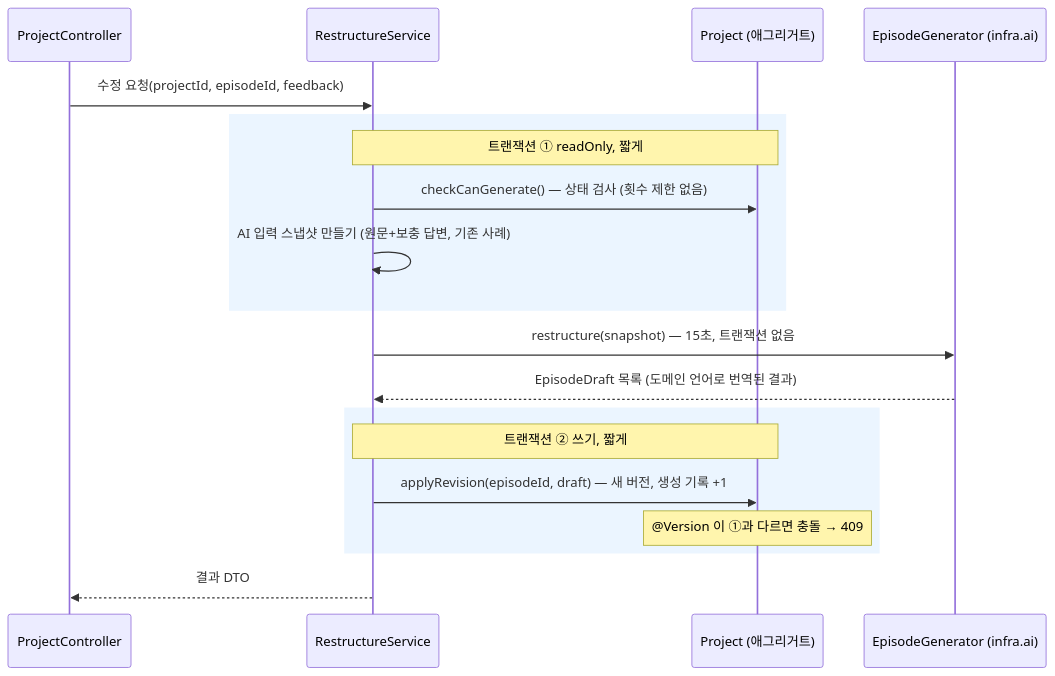
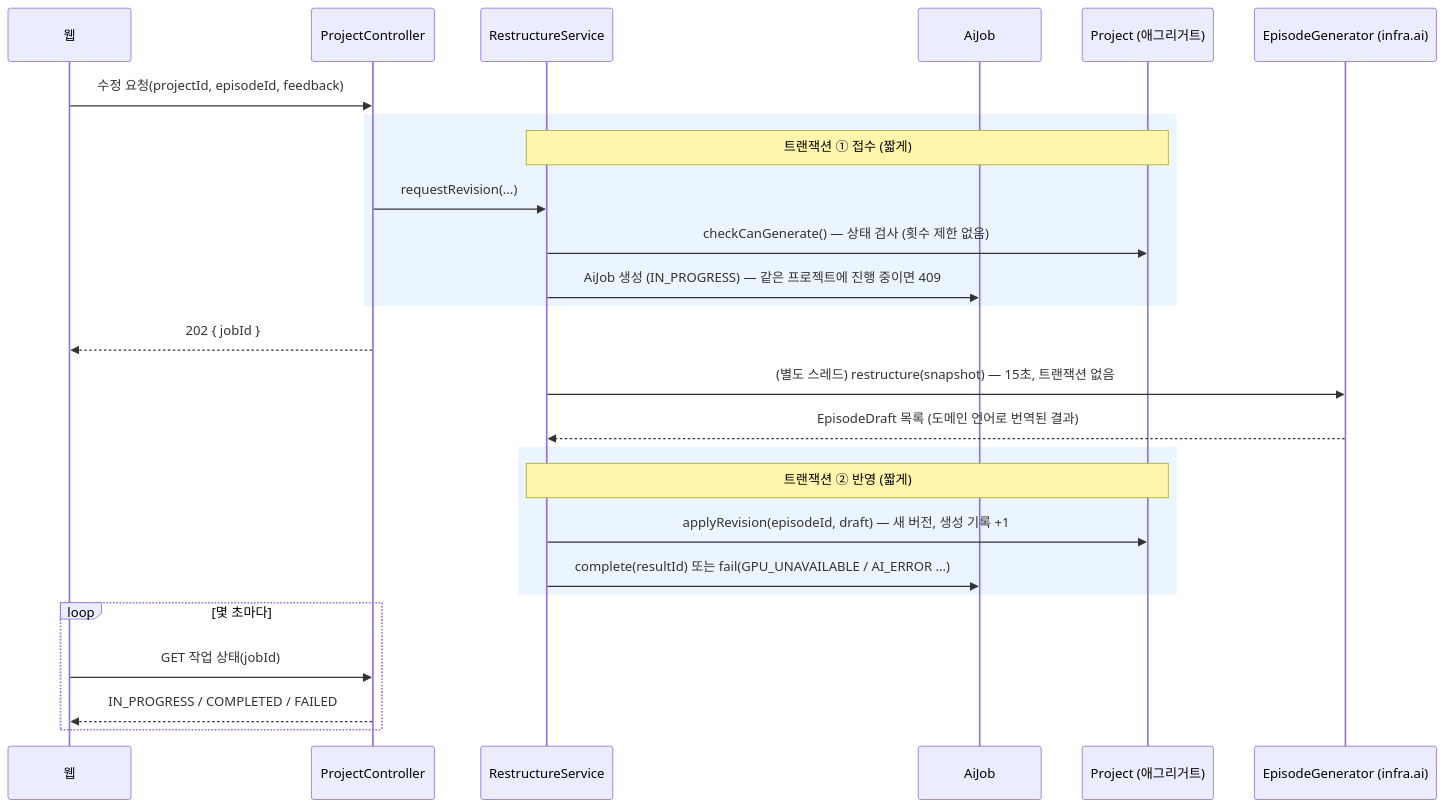
The second of 2 diagrams in docs/01-개발-방향.md (nerd-nam/BE-nerdnam), drawn with Mermaid before and after one commit. The commit also changed other lines of this file and 5 other files, not shown here.

````diff
--- a/docs/01-개발-방향.md
+++ b/docs/01-개발-방향.md
@@ -135,21 +140,28 @@
 ```mermaid
 sequenceDiagram
+    participant W as 웹
     participant C as ProjectController
     participant S as RestructureService
+    participant J as AiJob
     participant P as Project (애그리거트)
     participant AI as EpisodeGenerator (infra.ai)
-    C->>S: 수정 요청(projectId, episodeId, feedback)
+    W->>C: 수정 요청(projectId, episodeId, feedback)
     rect rgb(235, 245, 255)
-    note over S,P: 트랜잭션 ①  readOnly, 짧게
+    note over S,P: 트랜잭션 ① 접수 (짧게)
+    C->>S: requestRevision(...)
     S->>P: checkCanGenerate()  — 상태 검사 (횟수 제한 없음)
-    S->>S: AI 입력 스냅샷 만들기 (원문+보충 답변, 기존 사례)
+    S->>J: AiJob 생성 (IN_PROGRESS) — 같은 프로젝트에 진행 중이면 409
     end
-    S->>AI: restructure(snapshot)  — 15초, 트랜잭션 없음
+    C-->>W: 202 { jobId }
+    S->>AI: (별도 스레드) restructure(snapshot) — 15초, 트랜잭션 없음
     AI-->>S: EpisodeDraft 목록 (도메인 언어로 번역된 결과)
     rect rgb(235, 245, 255)
-    note over S,P: 트랜잭션 ②  쓰기, 짧게
-    S->>P: applyRevision(episodeId, draft)  — 새 버전, 생성 기록 +1
-    note over P: @Version 이 ①과 다르면 충돌 → 409
+    note over S,P: 트랜잭션 ② 반영 (짧게)
+    S->>P: applyRevision(episodeId, draft) — 새 버전, 생성 기록 +1
+    S->>J: complete(resultId) 또는 fail(GPU_UNAVAILABLE / AI_ERROR ...)
     end
-    S-->>C: 결과 DTO
+    loop 몇 초마다
+        W->>C: GET 작업 상태(jobId)
+        C-->>W: IN_PROGRESS / COMPLETED / FAILED
+    end
 ```
````
